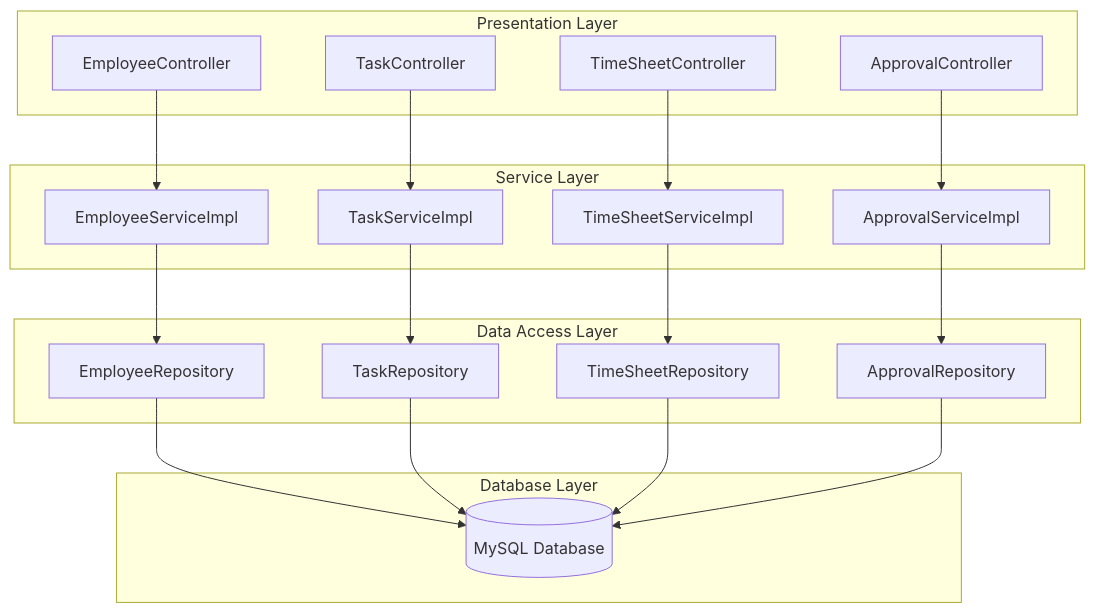
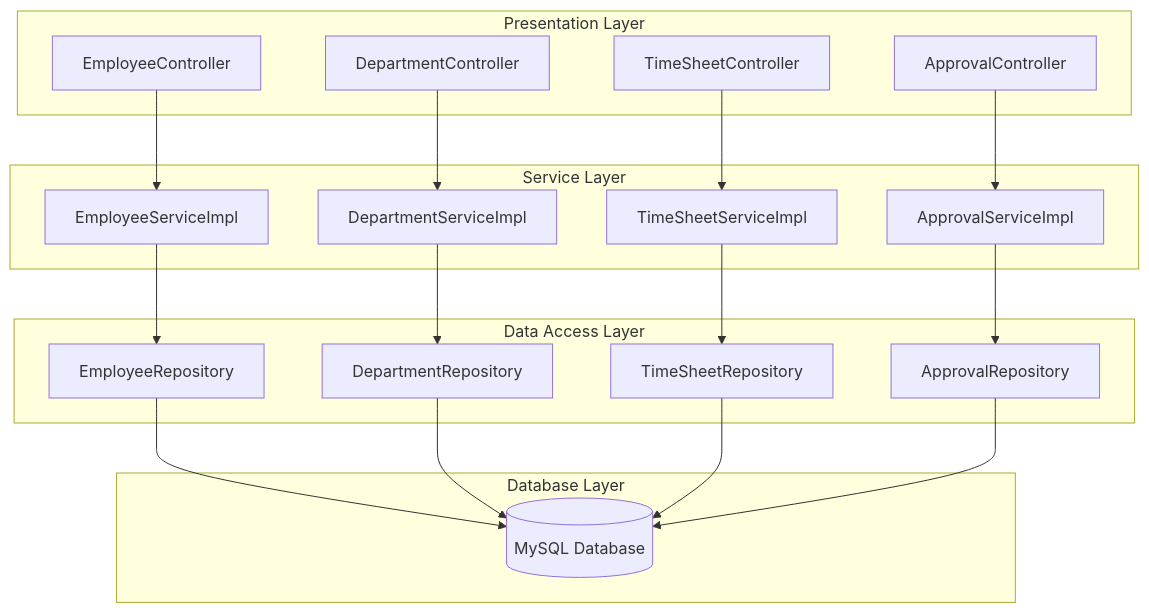
The first of 2 diagrams in readme.md (nguyenhaia8/timesheet_management), drawn with Mermaid before and after one commit. The commit also changed other lines of this file, not shown here.

````diff
--- a/readme.md
+++ b/readme.md
@@ -70,39 +73,39 @@
 ```mermaid
 flowchart TD
     subgraph Presentation Layer
         A1[EmployeeController]
-        A2[TaskController]
+        A2[DepartmentController]
         A3[TimeSheetController]
         A4[ApprovalController]
     end
     subgraph Service Layer
         B1[EmployeeServiceImpl]
-        B2[TaskServiceImpl]
+        B2[DepartmentServiceImpl]
         B3[TimeSheetServiceImpl]
         B4[ApprovalServiceImpl]
     end
     subgraph Data Access Layer
         C1[EmployeeRepository]
-        C2[TaskRepository]
+        C2[DepartmentRepository]
         C3[TimeSheetRepository]
         C4[ApprovalRepository]
     end
     subgraph Database Layer
         D1[(MySQL Database)]
     end
 
     A1 --> B1
     A2 --> B2
     A3 --> B3
     A4 --> B4
 
     B1 --> C1
     B2 --> C2
     B3 --> C3
     B4 --> C4
 
     C1 --> D1
     C2 --> D1
     C3 --> D1
     C4 --> D1
 ```
````
